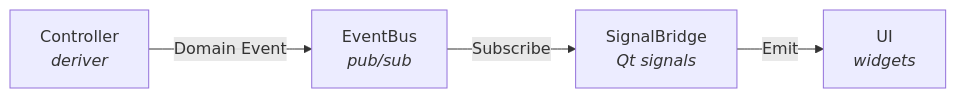
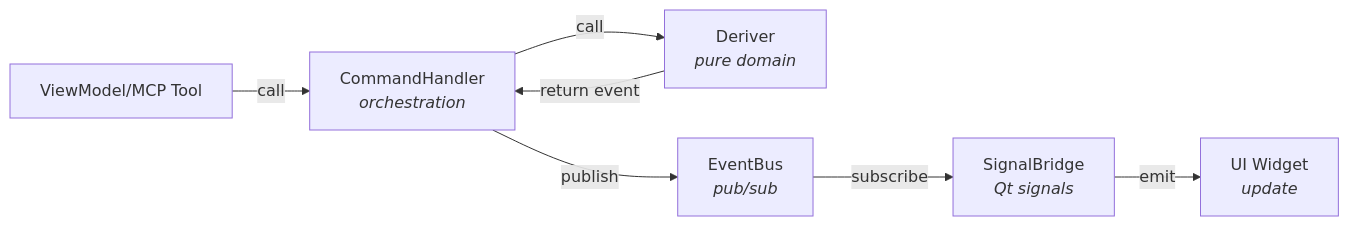
Before and after one commit to scope-impact/QualCoder-v2: the first of 2 diagrams in docs/tutorials/04-event-flow.md, drawn with Mermaid. The commit also changed other lines of this file and 9 other files, not shown here.

First line of the commit message:
docs(tutorials): align with vertical slice architecture

````diff
--- a/docs/tutorials/04-event-flow.md
+++ b/docs/tutorials/04-event-flow.md
@@ -9,6 +9,9 @@
 ```mermaid
 graph LR
-    A[Controller<br/><i>deriver</i>] -->|Domain Event| B[EventBus<br/><i>pub/sub</i>]
-    B -->|Subscribe| C[SignalBridge<br/><i>Qt signals</i>]
-    C -->|Emit| D[UI<br/><i>widgets</i>]
+    A[ViewModel/MCP Tool] -->|call| B[CommandHandler<br/><i>orchestration</i>]
+    B -->|call| C[Deriver<br/><i>pure domain</i>]
+    C -->|return event| B
+    B -->|publish| D[EventBus<br/><i>pub/sub</i>]
+    D -->|subscribe| E[SignalBridge<br/><i>Qt signals</i>]
+    E -->|emit| F[UI Widget<br/><i>update</i>]
 ```
````
